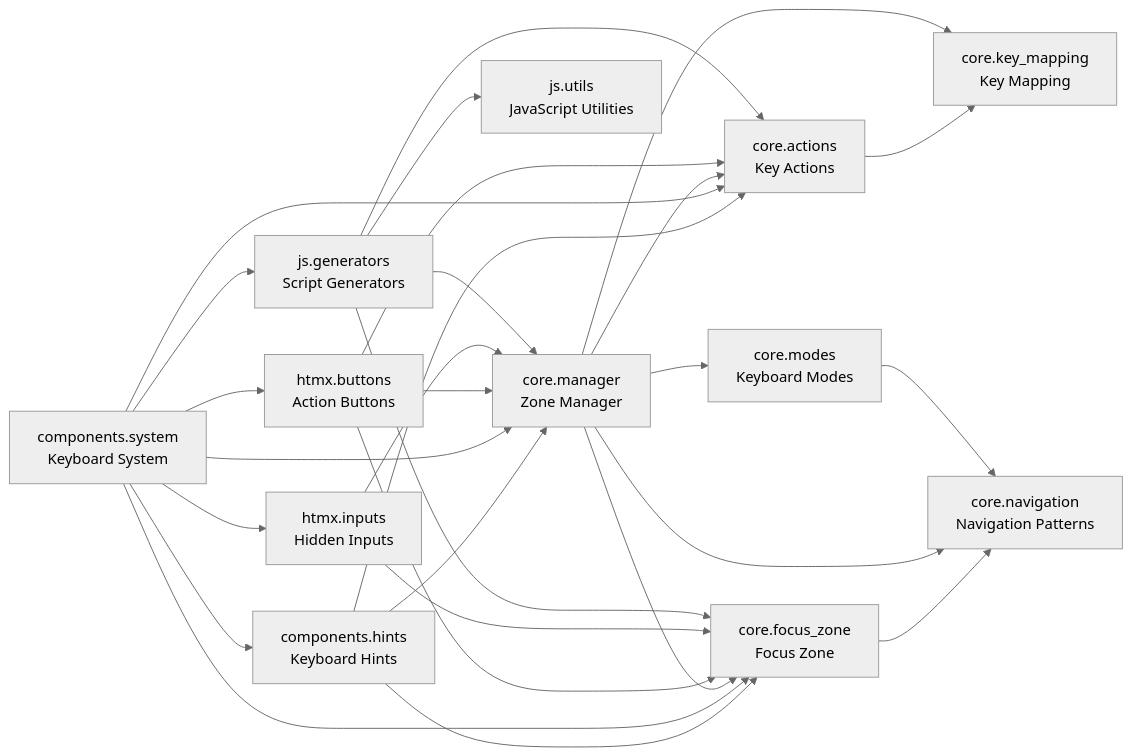
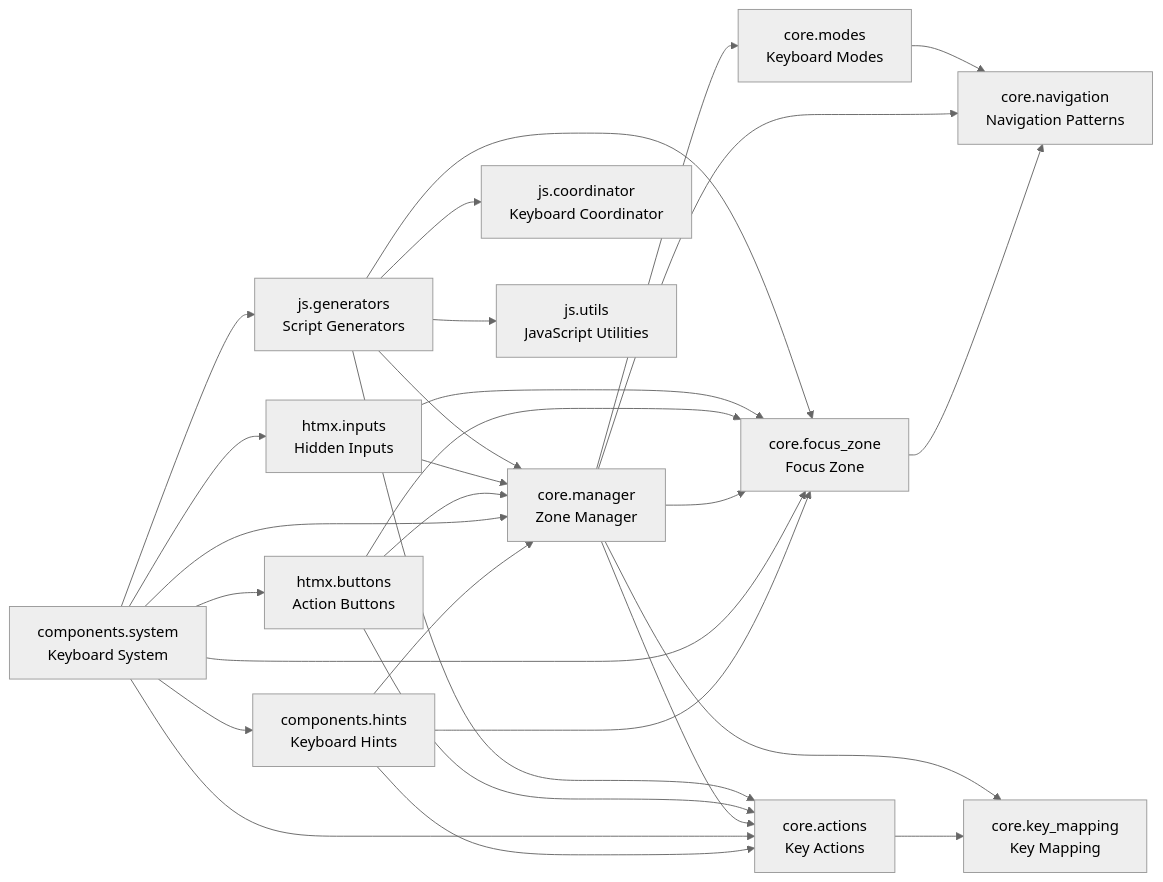
Before and after one commit to cj-mills/cjm-fasthtml-keyboard-navigation: the diagram in README.md, drawn with Mermaid (neutral theme). The commit also changed other lines of this file and 10 other files, not shown here.

Commit message:
Add hierarchical keyboard system coordination with global coordinator, single-listener event dispatch, Escape-based deactivation, and parent-child system management.

````diff
--- a/README.md
+++ b/README.md
@@ -36,43 +37,45 @@
 ``` mermaid
 graph LR
     components_hints[components.hints<br/>Keyboard Hints]
     components_system[components.system<br/>Keyboard System]
     core_actions[core.actions<br/>Key Actions]
     core_focus_zone[core.focus_zone<br/>Focus Zone]
     core_key_mapping[core.key_mapping<br/>Key Mapping]
     core_manager[core.manager<br/>Zone Manager]
     core_modes[core.modes<br/>Keyboard Modes]
     core_navigation[core.navigation<br/>Navigation Patterns]
     htmx_buttons[htmx.buttons<br/>Action Buttons]
     htmx_inputs[htmx.inputs<br/>Hidden Inputs]
+    js_coordinator[js.coordinator<br/>Keyboard Coordinator]
     js_generators[js.generators<br/>Script Generators]
     js_utils[js.utils<br/>JavaScript Utilities]
 
-    components_hints --> core_focus_zone
     components_hints --> core_manager
     components_hints --> core_actions
-    components_system --> js_generators
+    components_hints --> core_focus_zone
     components_system --> htmx_inputs
     components_system --> core_manager
+    components_system --> js_generators
+    components_system --> core_focus_zone
+    components_system --> components_hints
+    components_system --> core_actions
     components_system --> htmx_buttons
-    components_system --> core_actions
-    components_system --> components_hints
-    components_system --> core_focus_zone
     core_actions --> core_key_mapping
     core_focus_zone --> core_navigation
+    core_manager --> core_navigation
     core_manager --> core_key_mapping
-    core_manager --> core_navigation
     core_manager --> core_modes
+    core_manager --> core_focus_zone
     core_manager --> core_actions
-    core_manager --> core_focus_zone
     core_modes --> core_navigation
     htmx_buttons --> core_manager
+    htmx_buttons --> core_focus_zone
     htmx_buttons --> core_actions
-    htmx_buttons --> core_focus_zone
     htmx_inputs --> core_manager
     htmx_inputs --> core_focus_zone
     js_generators --> js_utils
     js_generators --> core_manager
+    js_generators --> core_focus_zone
     js_generators --> core_actions
-    js_generators --> core_focus_zone
+    js_generators --> js_coordinator
 ```
````
